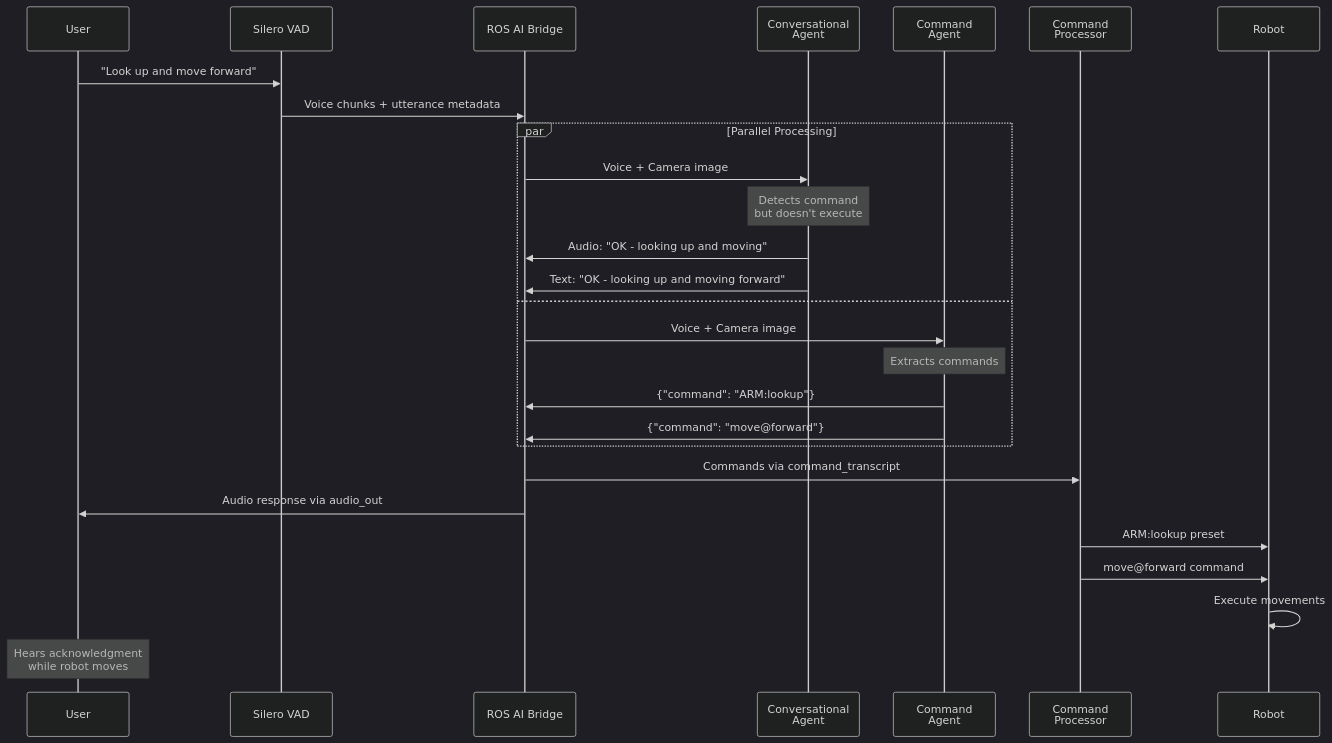
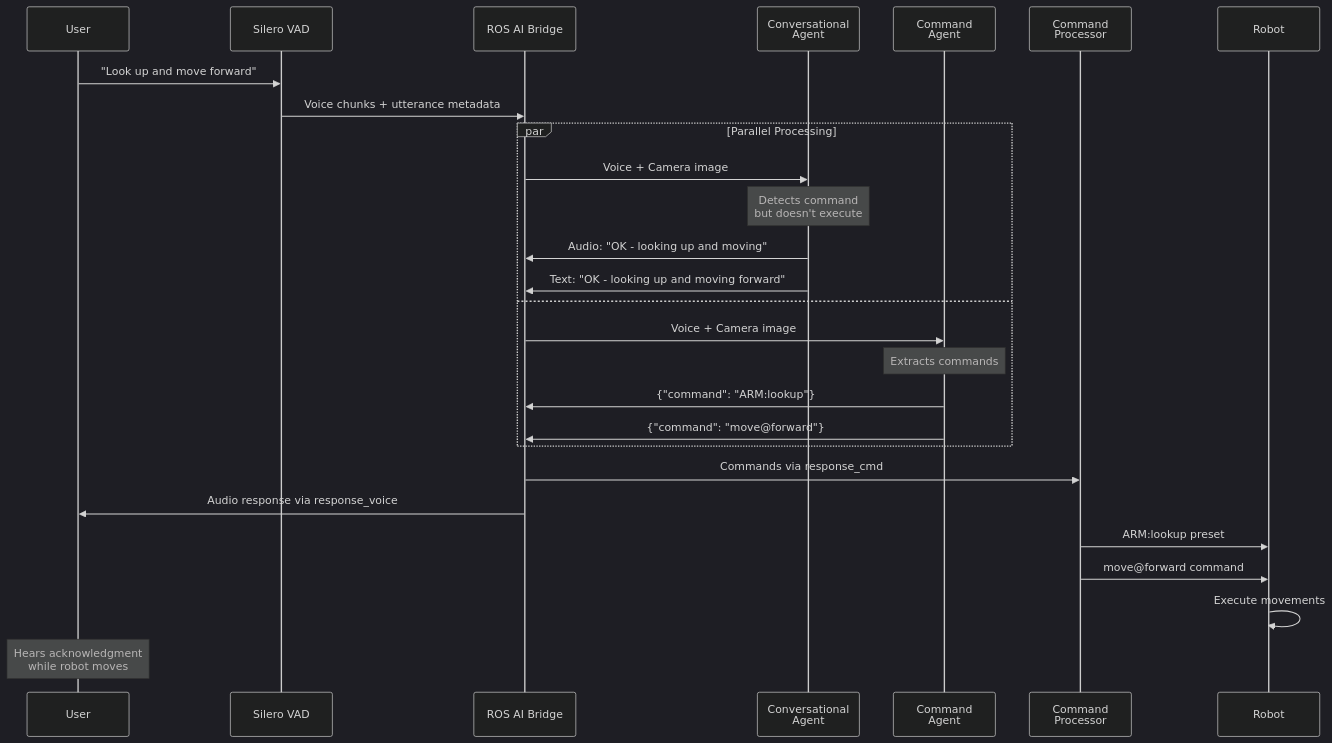
Before and after one commit to pondersome/by_your_command: the fifth of 6 diagrams in docs/prompt_architecture_diagrams.md, drawn with Mermaid (dark theme). The commit also changed other lines of this file and 33 other files, not shown here.

````diff
--- a/docs/prompt_architecture_diagrams.md
+++ b/docs/prompt_architecture_diagrams.md
@@ -259,34 +259,34 @@
 ```mermaid
 sequenceDiagram
     participant User
     participant VAD as Silero VAD
     participant Bridge as ROS AI Bridge
     participant ConvAgent as Conversational<br/>Agent
     participant CmdAgent as Command<br/>Agent
     participant CmdProc as Command<br/>Processor
     participant Robot
     
     User->>VAD: "Look up and move forward"
     VAD->>Bridge: Voice chunks + utterance metadata
     
     par Parallel Processing
         Bridge->>ConvAgent: Voice + Camera image
         Note over ConvAgent: Detects command<br/>but doesn't execute
         ConvAgent->>Bridge: Audio: "OK - looking up and moving"
         ConvAgent->>Bridge: Text: "OK - looking up and moving forward"
     and
         Bridge->>CmdAgent: Voice + Camera image
         Note over CmdAgent: Extracts commands
         CmdAgent->>Bridge: {"command": "ARM:lookup"}
         CmdAgent->>Bridge: {"command": "move@forward"}
     end
     
-    Bridge->>CmdProc: Commands via command_transcript
-    Bridge->>User: Audio response via audio_out
+    Bridge->>CmdProc: Commands via response_cmd
+    Bridge->>User: Audio response via response_voice
     
     CmdProc->>Robot: ARM:lookup preset
     CmdProc->>Robot: move@forward command
     Robot->>Robot: Execute movements
     
     Note over User: Hears acknowledgment<br/>while robot moves
 ```
````
